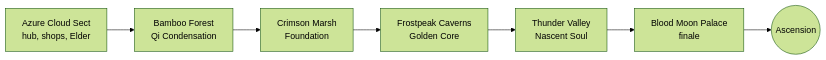
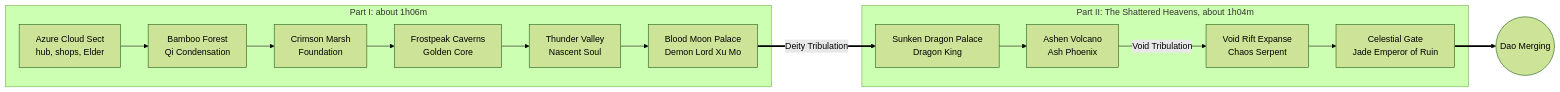
Before and after one commit to jgyy/timegox: the first of 4 diagrams in README.md, drawn with Mermaid (forest theme). The commit also changed other lines of this file and 24 other files, not shown here.

First line of the commit message:
Double the procedural graphics and add Part II (+1 hour of gameplay) (#2)

````diff
--- a/README.md
+++ b/README.md
@@ -52,9 +57,17 @@
 ```mermaid
 flowchart LR
+    subgraph P1[Part I: about 1h06m]
     Sect[Azure Cloud Sect<br/>hub, shops, Elder] --> Bamboo[Bamboo Forest<br/>Qi Condensation]
     Bamboo --> Marsh[Crimson Marsh<br/>Foundation]
     Marsh --> Frost[Frostpeak Caverns<br/>Golden Core]
     Frost --> Thunder[Thunder Valley<br/>Nascent Soul]
-    Thunder --> Palace[Blood Moon Palace<br/>finale]
-    Palace --> End((Ascension))
+    Thunder --> Palace[Blood Moon Palace<br/>Demon Lord Xu Mo]
+    end
+    subgraph P2[Part II: The Shattered Heavens, about 1h04m]
+    Palace ==>|Deity Tribulation| Dragon[Sunken Dragon Palace<br/>Dragon King]
+    Dragon --> Volcano[Ashen Volcano<br/>Ash Phoenix]
+    Volcano -->|Void Tribulation| Void[Void Rift Expanse<br/>Chaos Serpent]
+    Void --> Gate[Celestial Gate<br/>Jade Emperor of Ruin]
+    end
+    Gate ==> End((Dao Merging))
 ```
````
